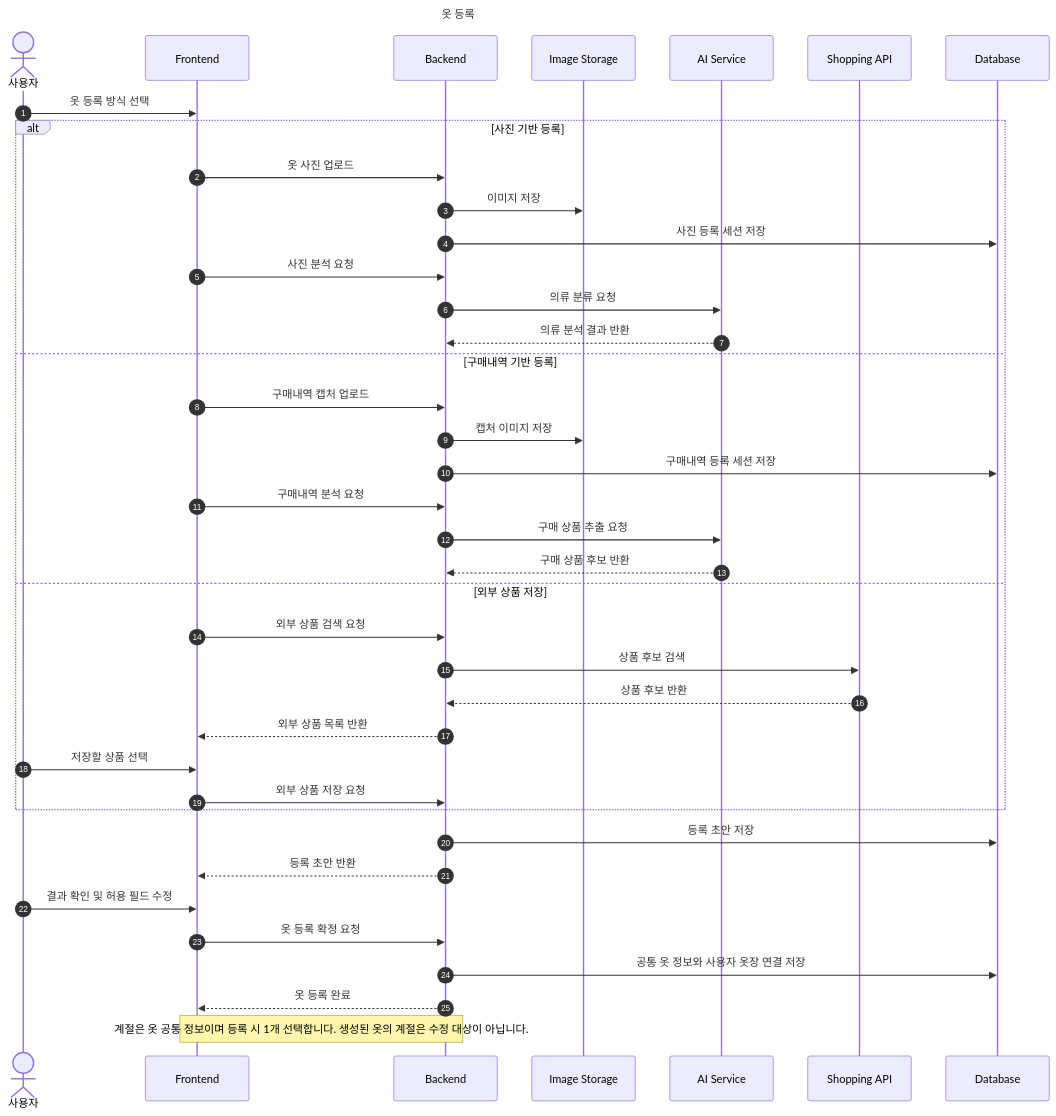
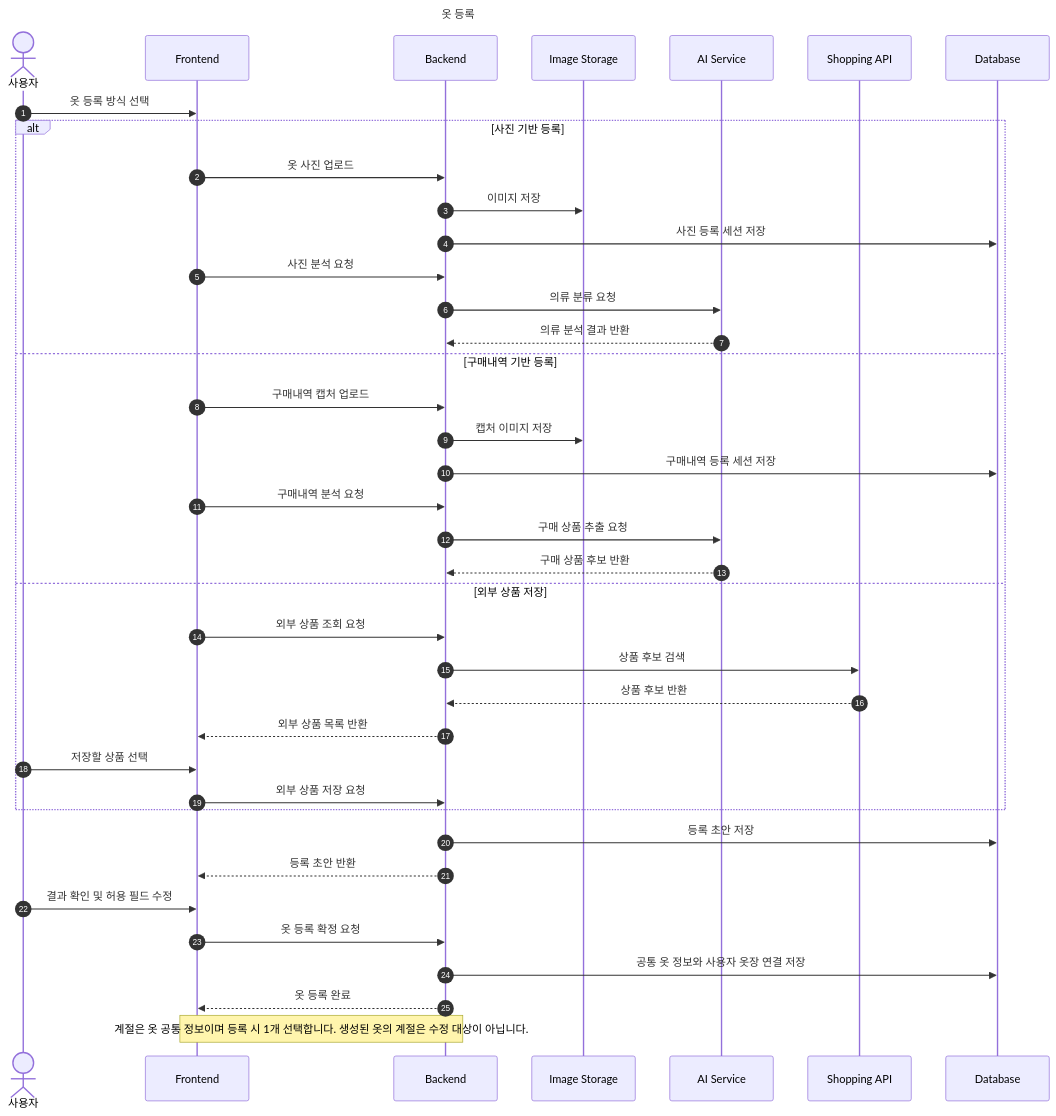
Before and after one commit to prgrms-aibe-devcourse/AIBE5_FinalProject_Team4_BE: the second of 6 diagrams in docs/architecture/sequence-diagrams.md, drawn with Mermaid. The commit also changed 14 other files, not shown here.

````diff
--- a/docs/architecture/sequence-diagrams.md
+++ b/docs/architecture/sequence-diagrams.md
@@ -60,47 +60,47 @@
 ```mermaid
 sequenceDiagram
   title 옷 등록
   autonumber
 
   actor User as 사용자
   participant FE as Frontend
   participant BE as Backend
   participant Image as Image Storage
   participant AI as AI Service
   participant Shopping as Shopping API
   participant DB as Database
 
   User->>FE: 옷 등록 방식 선택
 
   alt 사진 기반 등록
     FE->>BE: 옷 사진 업로드
     BE->>Image: 이미지 저장
     BE->>DB: 사진 등록 세션 저장
     FE->>BE: 사진 분석 요청
     BE->>AI: 의류 분류 요청
     AI-->>BE: 의류 분석 결과 반환
   else 구매내역 기반 등록
     FE->>BE: 구매내역 캡처 업로드
     BE->>Image: 캡처 이미지 저장
     BE->>DB: 구매내역 등록 세션 저장
     FE->>BE: 구매내역 분석 요청
     BE->>AI: 구매 상품 추출 요청
     AI-->>BE: 구매 상품 후보 반환
   else 외부 상품 저장
-    FE->>BE: 외부 상품 검색 요청
+    FE->>BE: 외부 상품 조회 요청
     BE->>Shopping: 상품 후보 검색
     Shopping-->>BE: 상품 후보 반환
     BE-->>FE: 외부 상품 목록 반환
     User->>FE: 저장할 상품 선택
     FE->>BE: 외부 상품 저장 요청
   end
 
   BE->>DB: 등록 초안 저장
   BE-->>FE: 등록 초안 반환
   User->>FE: 결과 확인 및 허용 필드 수정
   FE->>BE: 옷 등록 확정 요청
   BE->>DB: 공통 옷 정보와 사용자 옷장 연결 저장
   BE-->>FE: 옷 등록 완료
 
   Note over FE,BE: 계절은 옷 공통 정보이며 등록 시 1개 선택합니다. 생성된 옷의 계절은 수정 대상이 아닙니다.
 ```
````
